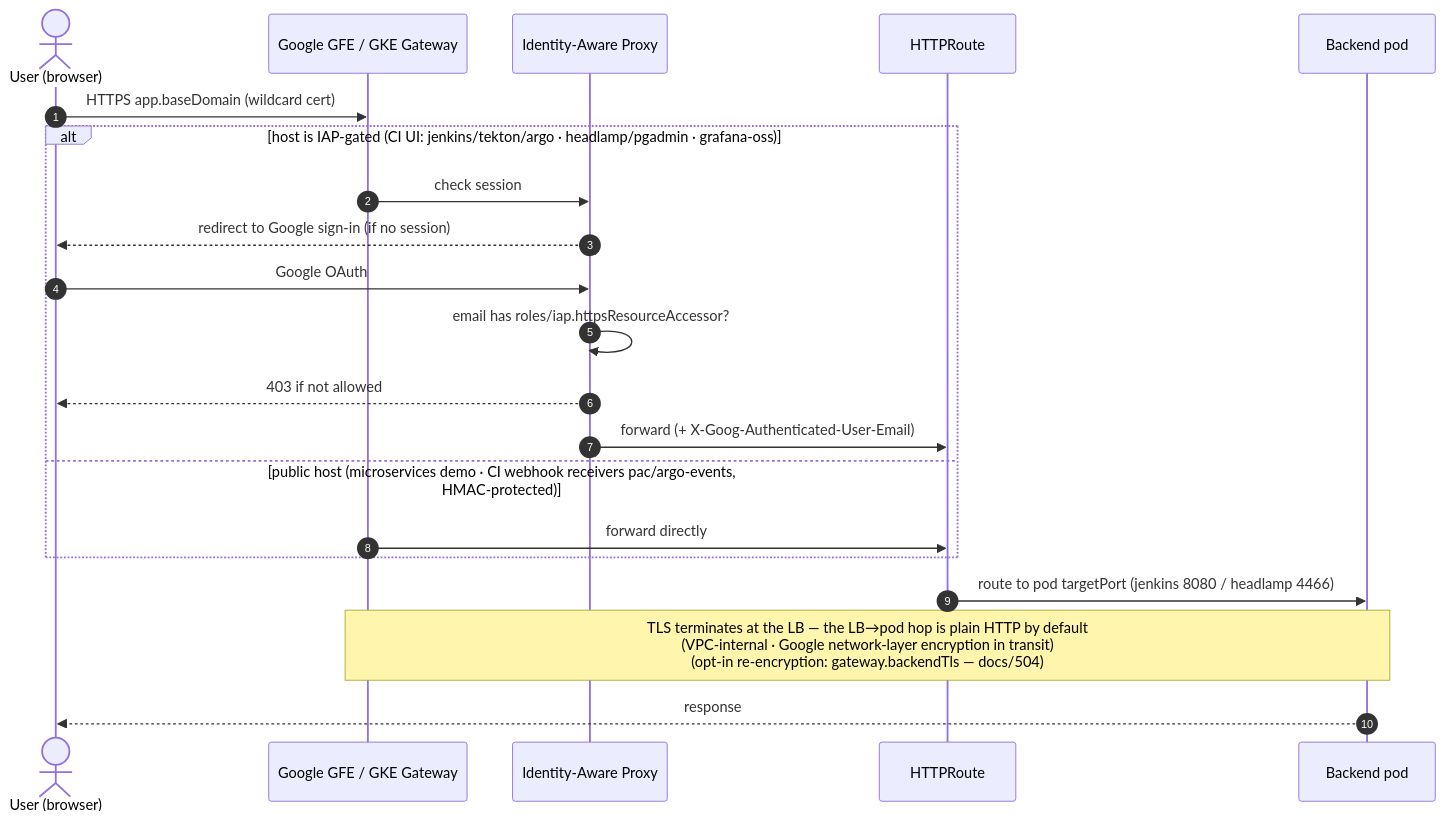
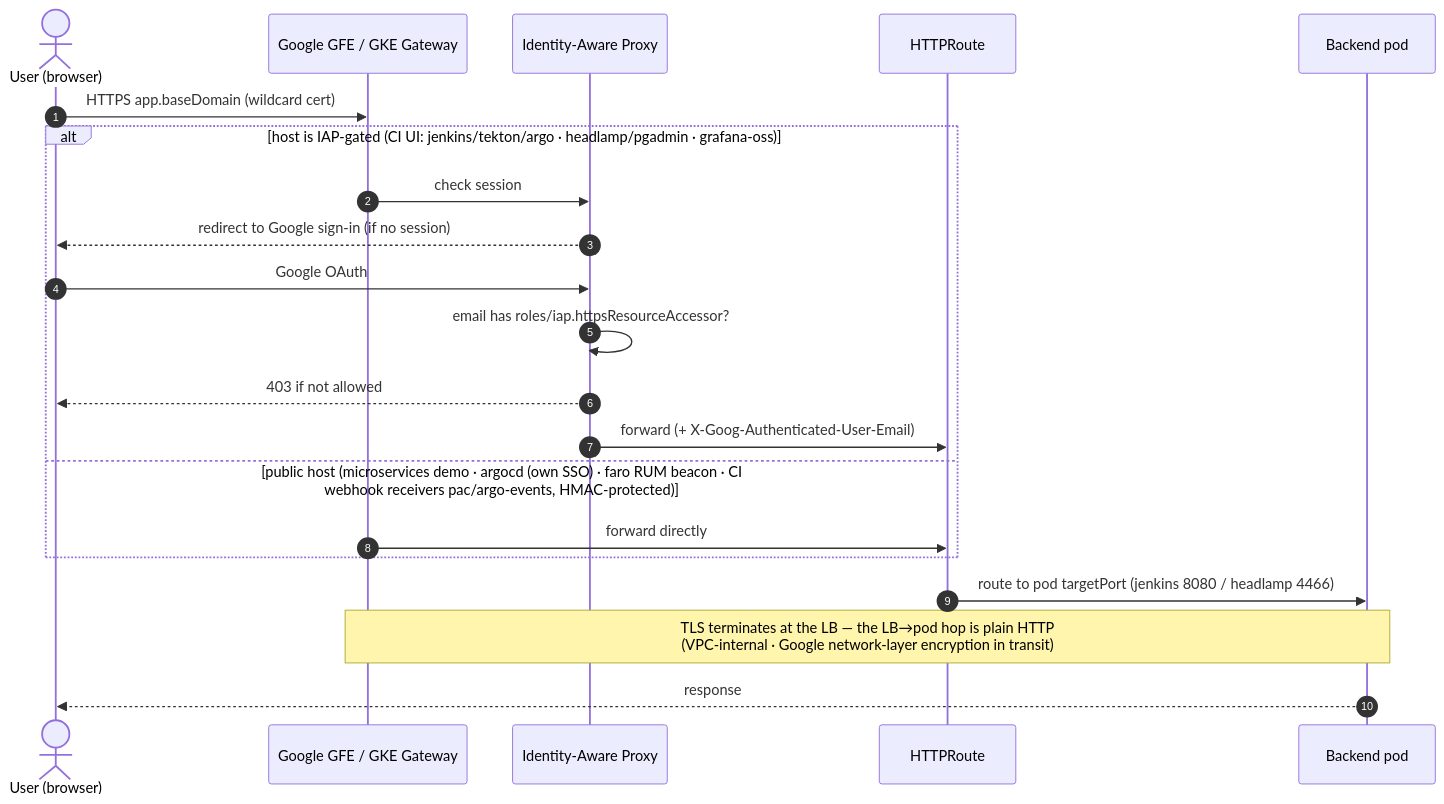
The tenth of 12 diagrams in docs/501-PLATFORM_OPERATIONS.md (nubenetes/jenkins-2026), drawn with Mermaid before and after one commit. The commit also changed other lines of this file and 48 other files, not shown here.

````diff
--- a/docs/501-PLATFORM_OPERATIONS.md
+++ b/docs/501-PLATFORM_OPERATIONS.md
@@ -832,24 +844,24 @@
 ```mermaid
 sequenceDiagram
   autonumber
   actor U as User (browser)
   participant GFE as Google GFE / GKE Gateway
   participant IAP as Identity-Aware Proxy
   participant HR as HTTPRoute
   participant Pod as Backend pod
 
   U->>GFE: HTTPS app.baseDomain (wildcard cert)
   alt host is IAP-gated (CI UI: jenkins/tekton/argo · headlamp/pgadmin · grafana-oss)
     GFE->>IAP: check session
     IAP-->>U: redirect to Google sign-in (if no session)
     U->>IAP: Google OAuth
     IAP->>IAP: email has roles/iap.httpsResourceAccessor?
     IAP-->>U: 403 if not allowed
     IAP->>HR: forward (+ X-Goog-Authenticated-User-Email)
-  else public host (microservices demo · CI webhook receivers pac/argo-events, HMAC-protected)
+  else public host (microservices demo · argocd (own SSO) · faro RUM beacon · CI webhook receivers pac/argo-events, HMAC-protected)
     GFE->>HR: forward directly
   end
   HR->>Pod: route to pod targetPort (jenkins 8080 / headlamp 4466)
-  Note over GFE,Pod: TLS terminates at the LB — the LB→pod hop is plain HTTP by default<br/>(VPC-internal · Google network-layer encryption in transit)<br/>(opt-in re-encryption: gateway.backendTls — docs/504)
+  Note over GFE,Pod: TLS terminates at the LB — the LB→pod hop is plain HTTP<br/>(VPC-internal · Google network-layer encryption in transit)
   Pod-->>U: response
 ```
````
